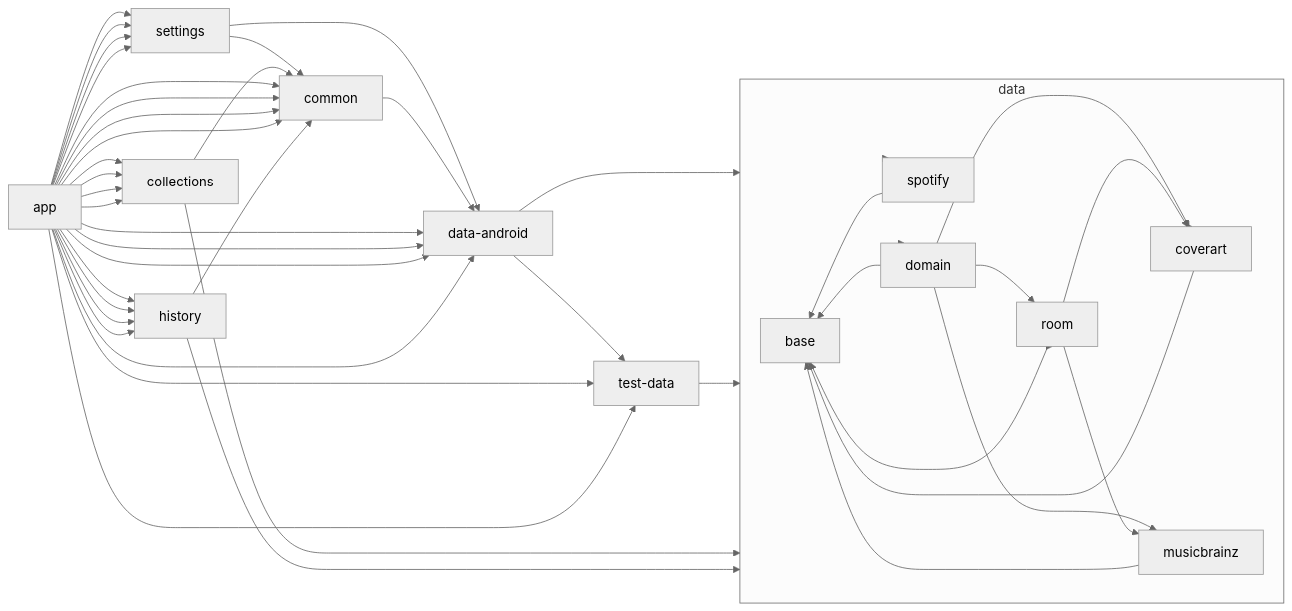
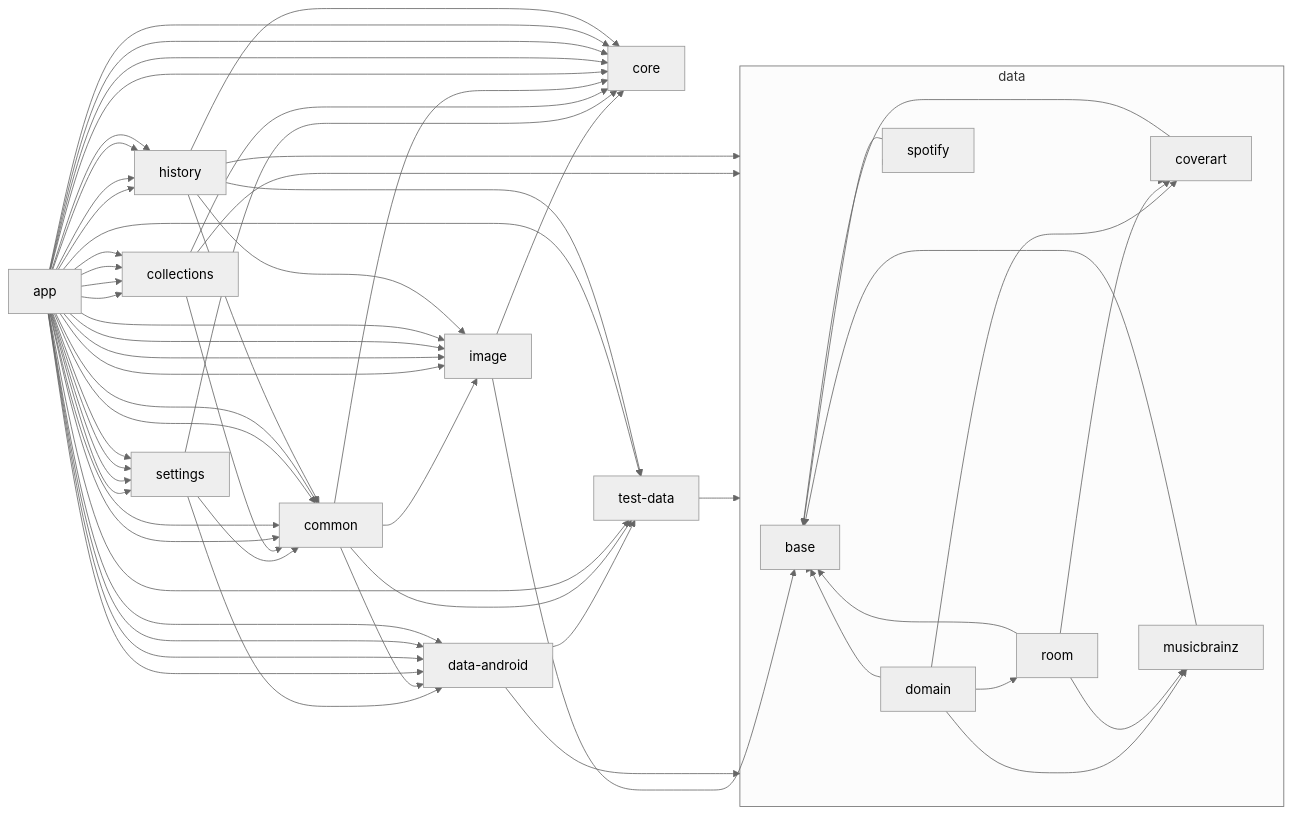
Before and after one commit to lydavid/MusicSearch: the diagram in README.md, drawn with Mermaid. The commit also changed 2 other files, not shown here.

Commit message:
chore: extract PreferencesModuleBinds to :ui:settings

````diff
--- a/README.md
+++ b/README.md
@@ -65,6 +65,8 @@
   room --> base
   room --> coverart
   room --> musicbrainz
+  image --> base
+  image --> core
   data --> base
   data --> coverart
   data --> domain
@@ -73,6 +75,7 @@
   data --> musicbrainz
   settings --> data-android
   settings --> common
+  settings --> core
   data-android --> data
   data-android --> test-data
   test-data --> data
@@ -80,31 +83,46 @@
   spotify --> base
   collections --> data
   collections --> common
+  collections --> core
   common --> data-android
+  common --> core
+  common --> image
+  common --> test-data
   app --> test-data
   app --> data-android
   app --> common
+  app --> core
   app --> collections
   app --> history
+  app --> image
   app --> settings
   app --> data-android
   app --> common
+  app --> core
   app --> collections
   app --> history
+  app --> image
   app --> settings
   app --> data-android
   app --> common
+  app --> core
   app --> collections
   app --> history
+  app --> image
   app --> settings
   app --> data-android
   app --> common
+  app --> core
   app --> collections
   app --> history
+  app --> image
   app --> settings
   app --> test-data
   coverart --> base
   history --> data
   history --> common
+  history --> core
+  history --> image
+  history --> test-data
 
 ```
````
